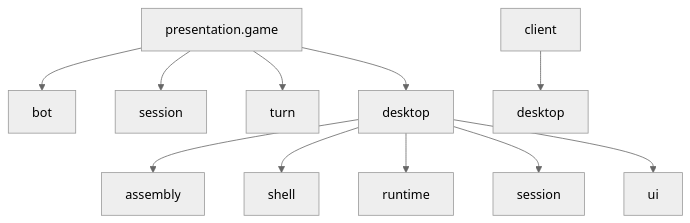
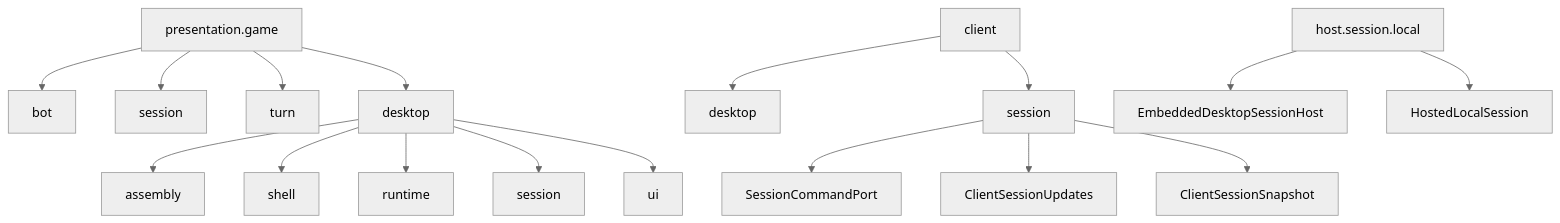
One commit to Jukkakot/MonopolyApp changed the fourth of 6 diagrams in docs/architecture-overview-diagrams.md. Above: the diagram before and after it, drawn with Mermaid (neutral theme). The commit also changed other lines of this file and 4 other files, not shown here.

First line of the commit message:
Extend ClientSessionSnapshot with full SessionState for transport-neutral rendering

````diff
--- a/docs/architecture-overview-diagrams.md
+++ b/docs/architecture-overview-diagrams.md
@@ -273,16 +292,25 @@
 ```mermaid
 flowchart TD
     ROOT[presentation.game]
     CLIENTROOT[client]
+    HOSTROOT[host.session.local]
     ROOT --> BOT[bot]
     ROOT --> SESSION[session]
     ROOT --> TURN[turn]
     ROOT --> DESKTOP[desktop]
     CLIENTROOT --> CLIENTDESKTOP[desktop]
+    CLIENTROOT --> CLIENTSESSION[session]
 
     DESKTOP --> ASSEMBLY[assembly]
     DESKTOP --> SHELL[shell]
     DESKTOP --> RUNTIME[runtime]
     DESKTOP --> DESKTOPSESSION[session]
     DESKTOP --> UI[ui]
+
+    CLIENTSESSION --> CMDPORT[SessionCommandPort]
+    CLIENTSESSION --> CLIENTUPDATES[ClientSessionUpdates]
+    CLIENTSESSION --> SNAPSHOT[ClientSessionSnapshot]
+
+    HOSTROOT --> EMBHOST[EmbeddedDesktopSessionHost]
+    HOSTROOT --> HOSTEDLOCAL[HostedLocalSession]
 ```
````
